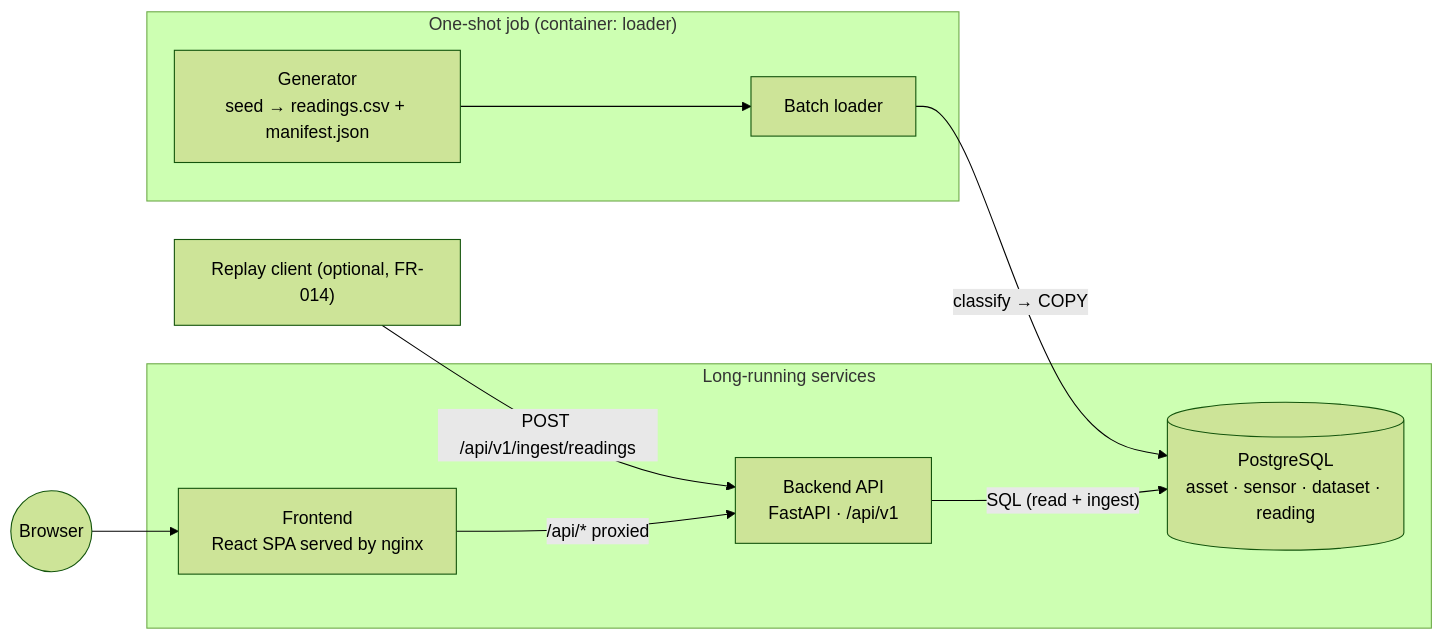
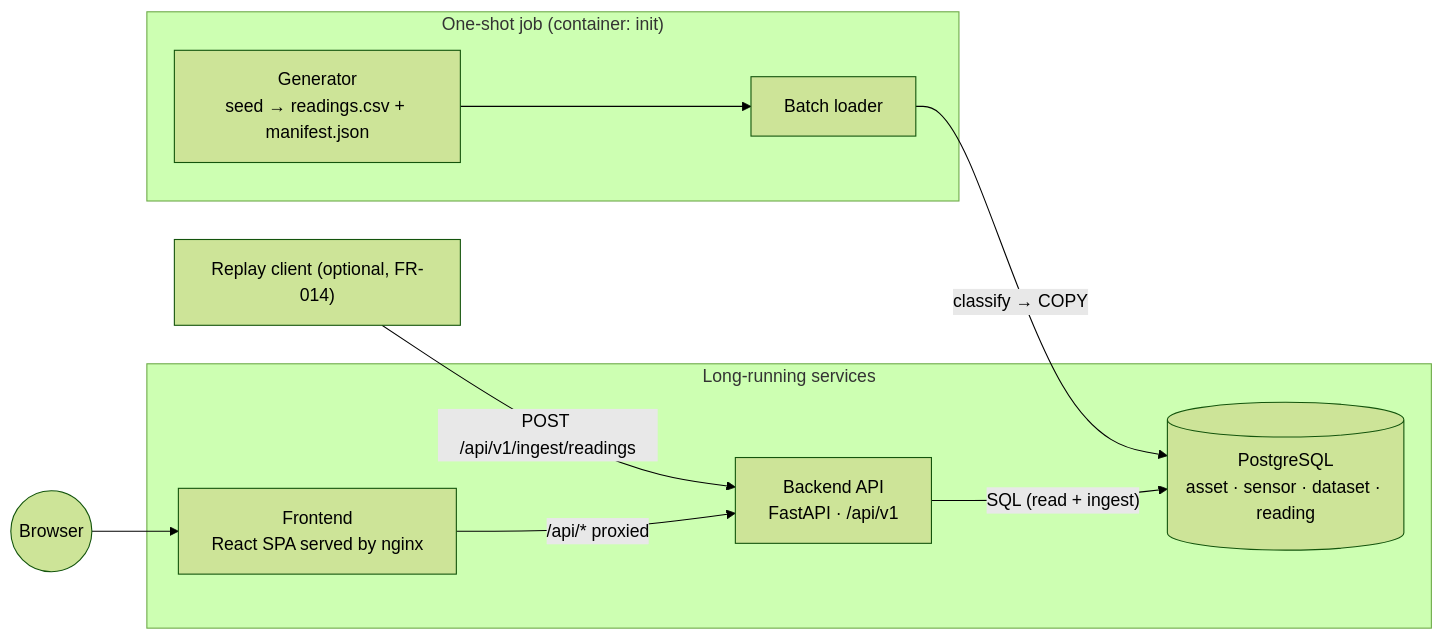
Before and after one commit to danimite94/test-anova: the diagram in docs/SPEC.md, drawn with Mermaid (forest theme). The commit also changed other lines of this file and 1 other file, not shown here.

````diff
--- a/docs/SPEC.md
+++ b/docs/SPEC.md
@@ -23,22 +23,22 @@
 ```mermaid
 flowchart LR
-    subgraph offline["One-shot job (container: loader)"]
+    subgraph offline["One-shot job (container: init)"]
         GEN["Generator<br/>seed → readings.csv + manifest.json"]
         LOAD["Batch loader"]
         GEN --> LOAD
     end
 
     subgraph runtime["Long-running services"]
         DB[("PostgreSQL<br/>asset · sensor · dataset · reading")]
         API["Backend API<br/>FastAPI · /api/v1"]
         WEB["Frontend<br/>React SPA served by nginx"]
     end
 
     REPLAY["Replay client (optional, FR-014)"]
 
     LOAD -- "classify → COPY" --> DB
     REPLAY -- "POST /api/v1/ingest/readings" --> API
     API -- "SQL (read + ingest)" --> DB
     WEB -- "/api/* proxied" --> API
     USER(("Browser")) --> WEB
 ```
````
